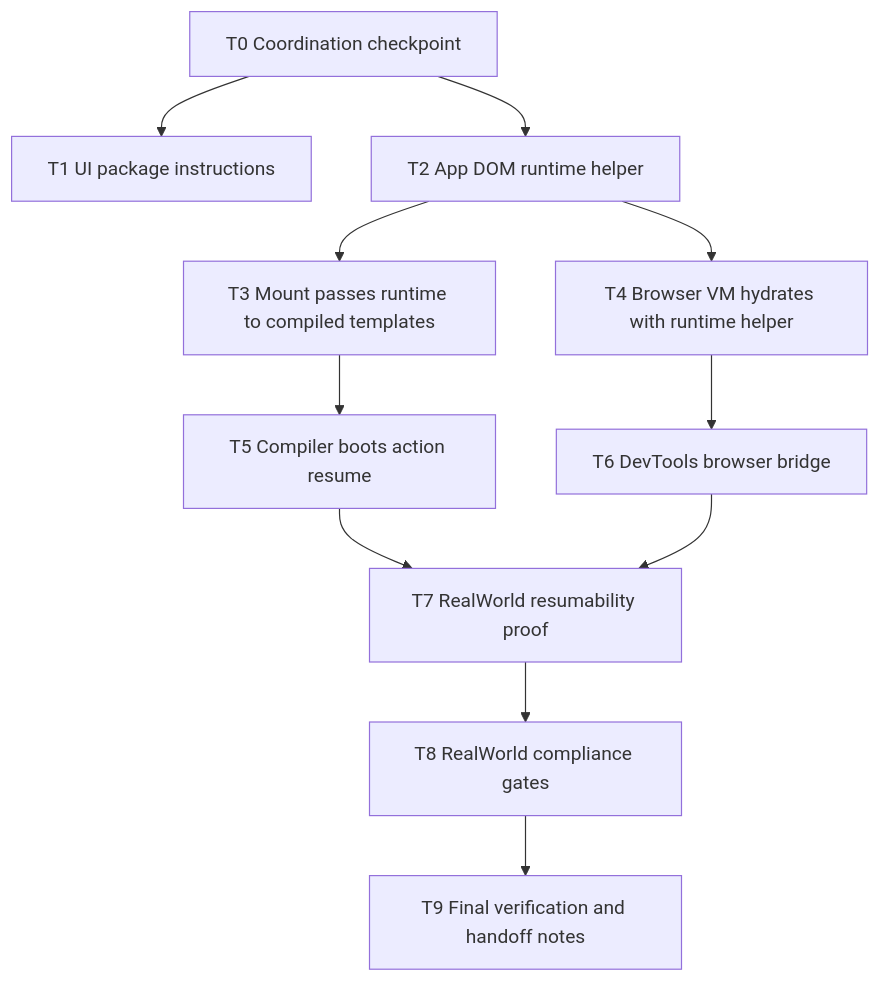
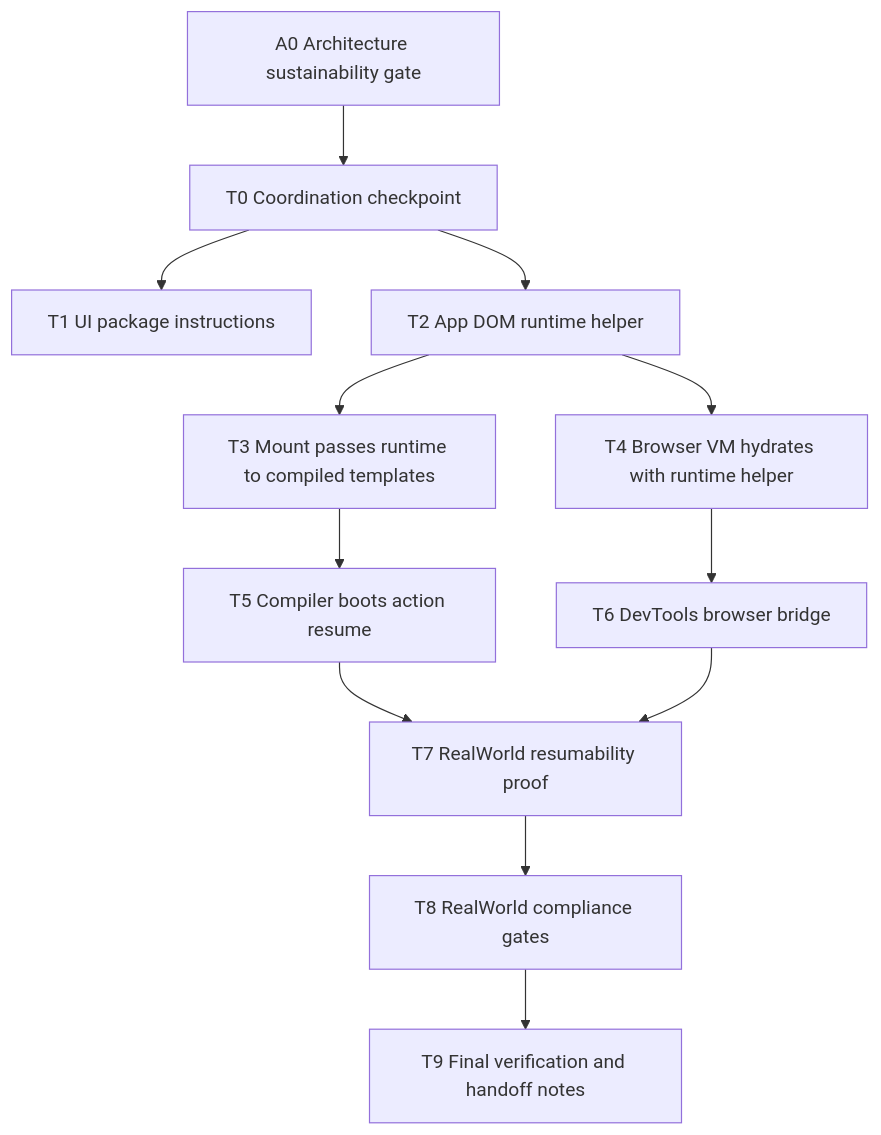
Before and after one commit to TylorS/typed-smol: the diagram in .docs/workflows/20260524-1047-cohesion-remediation-plan/plan.md, drawn with Mermaid. The commit also changed other lines of this file and 6 other files, not shown here.

First line of the commit message:
docs: record runtime cohesion architecture gate

````diff
--- a/.docs/workflows/20260524-1047-cohesion-remediation-plan/plan.md
+++ b/.docs/workflows/20260524-1047-cohesion-remediation-plan/plan.md
@@ -58,13 +88,14 @@
 ```mermaid
 flowchart TD
-  T0["T0 Coordination checkpoint"] --> T1["T1 UI package instructions"]
+  A0["A0 Architecture sustainability gate"] --> T0["T0 Coordination checkpoint"]
+  T0 --> T1["T1 UI package instructions"]
   T0 --> T2["T2 App DOM runtime helper"]
   T2 --> T3["T3 Mount passes runtime to compiled templates"]
   T2 --> T4["T4 Browser VM hydrates with runtime helper"]
   T3 --> T5["T5 Compiler boots action resume"]
   T4 --> T6["T6 DevTools browser bridge"]
   T5 --> T7["T7 RealWorld resumability proof"]
   T6 --> T7
   T7 --> T8["T8 RealWorld compliance gates"]
   T8 --> T9["T9 Final verification and handoff notes"]
 ```
````
